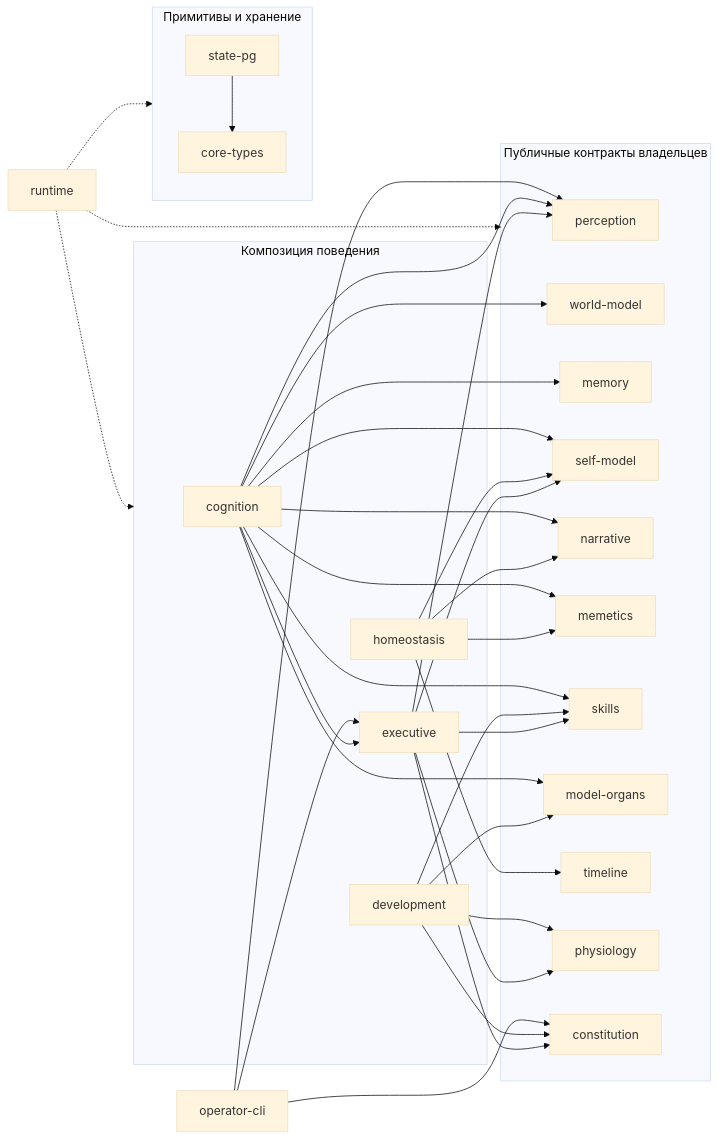
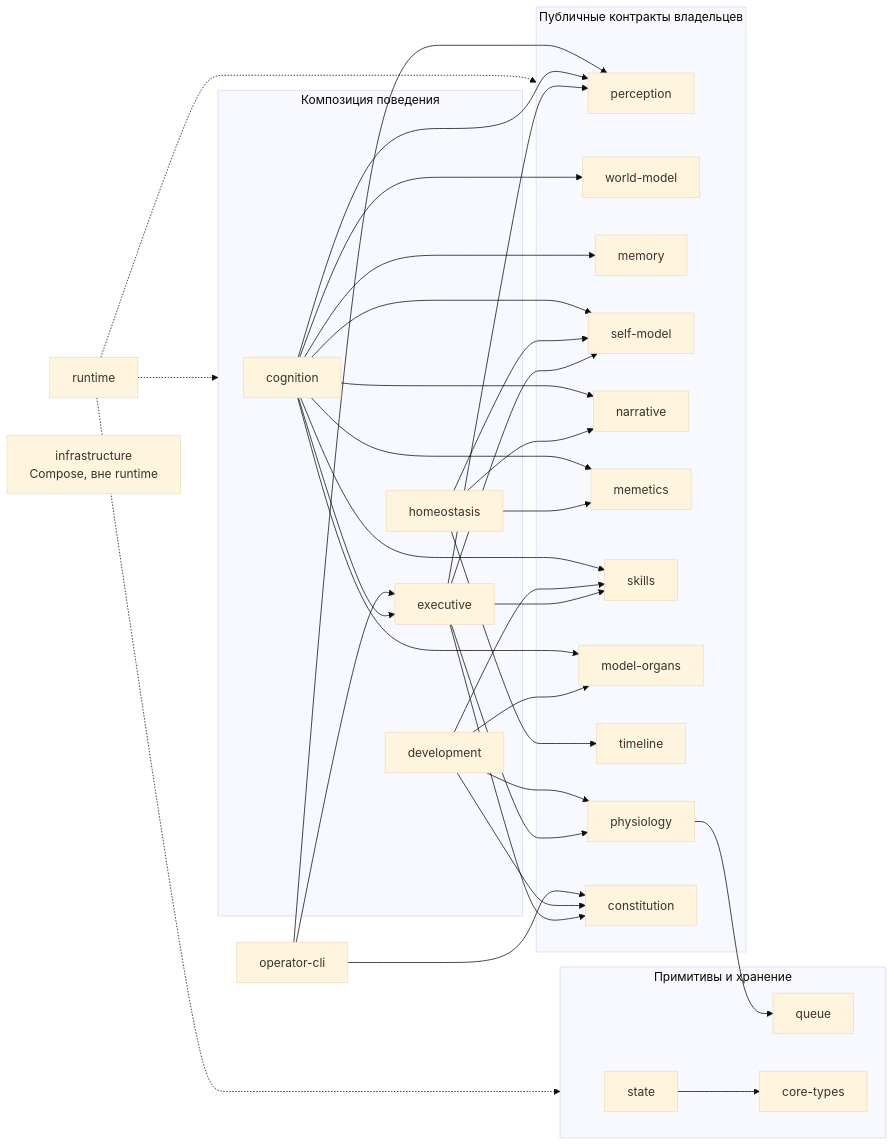
The third of 3 diagrams in docs/architecture.md (kostysh/yaagi), drawn with Mermaid (base theme) before and after one commit. The commit also changed other lines of this file and 7 other files, not shown here.

Commit message:
docs(architecture): 📝 define state, queues and infrastructure

````diff
--- a/docs/architecture.md
+++ b/docs/architecture.md
@@ -138,41 +160,44 @@
 ```mermaid
 flowchart LR
     rt["runtime"]
     cli["operator-cli"]
+    infra["infrastructure<br/>Compose, вне runtime"]
 
     subgraph Coordination["Композиция поведения"]
         cg["cognition"]
         ho["homeostasis"]
         ex["executive"]
         dev["development"]
     end
 
     subgraph Owners["Публичные контракты владельцев"]
         pe["perception"]
         wm["world-model"]
         mem["memory"]
         psm["self-model"]
         nar["narrative"]
         mf["memetics"]
         sk["skills"]
         mo["model-organs"]
         tl["timeline"]
         ph["physiology"]
         co["constitution"]
     end
 
     subgraph Foundation["Примитивы и хранение"]
-        pg["state-pg"]
+        pg["state"]
+        q["queue"]
         types["core-types"]
     end
 
     rt -.-> Coordination
     rt -.-> Owners
     rt -.-> Foundation
     cli --> pe & ex & co
     cg --> pe & wm & mem & psm & nar & mf & sk & mo & ex
     ho --> psm & nar & mf & tl
     dev --> sk & mo & ph & co
     ex --> psm & co & pe & sk & ph
+    ph --> q
     pg --> types
 ```
````
